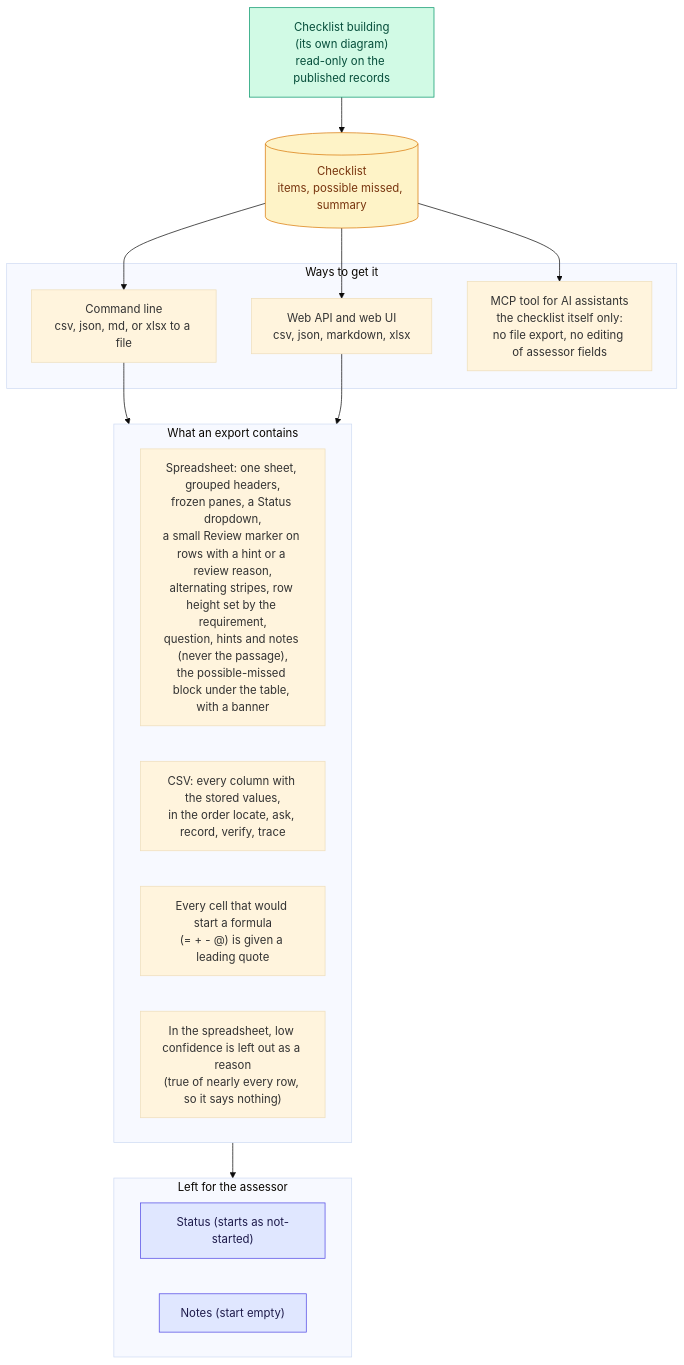
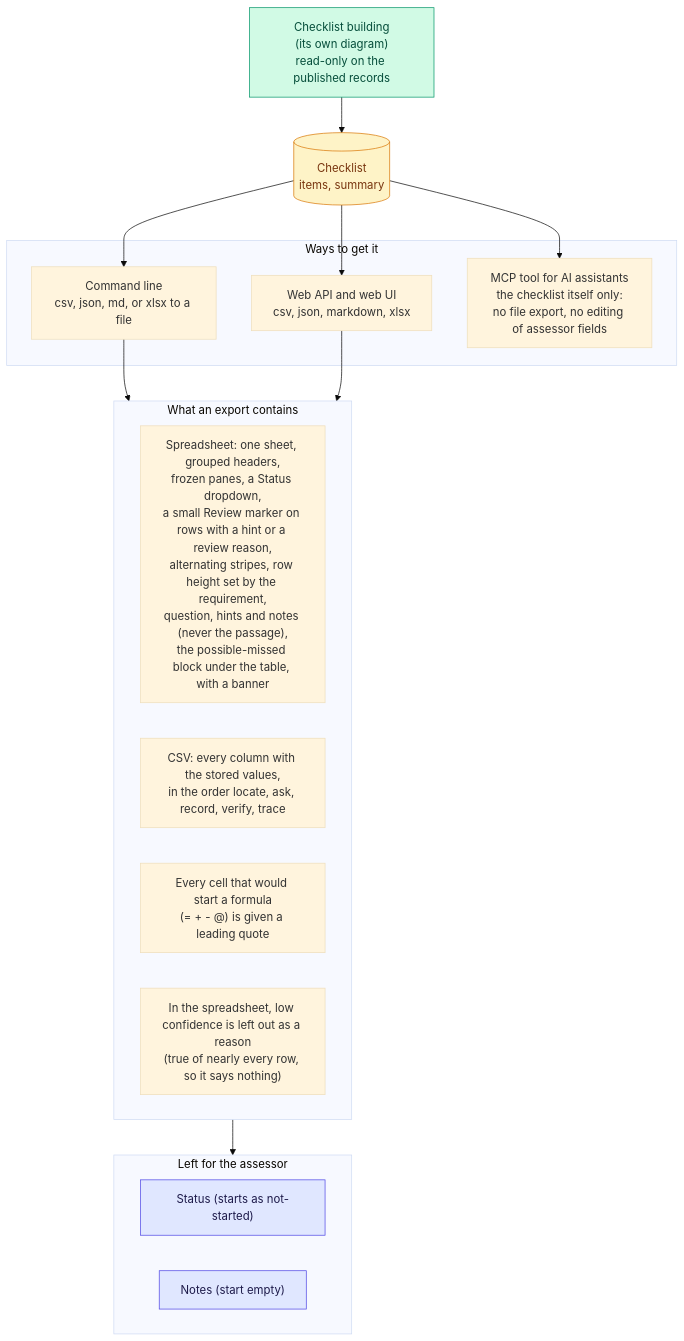
The diagram in docs/diagrams/12_delivery.md (TylerGRClark/ReqBot), drawn with Mermaid (base theme) before and after one commit. The commit also changed 26 other files, not shown here.

````diff
--- a/docs/diagrams/12_delivery.md
+++ b/docs/diagrams/12_delivery.md
@@ -5,37 +5,37 @@
 ```mermaid
 flowchart TD
     GEN["Checklist building<br/>(its own diagram)<br/>read-only on the published records"]
-    ENV[("Checklist<br/>items, possible missed, summary")]
+    ENV[("Checklist<br/>items, summary")]
     GEN --> ENV
 
     subgraph OUTS["Ways to get it"]
         CLI["Command line<br/>csv, json, md, or xlsx to a file"]
         API["Web API and web UI<br/>csv, json, markdown, xlsx"]
         MCP["MCP tool for AI assistants<br/>the checklist itself only:<br/>no file export, no editing of assessor fields"]
     end
     ENV --> CLI
     ENV --> API
     ENV --> MCP
 
     subgraph FILE["What an export contains"]
         X1["Spreadsheet: one sheet, grouped headers,<br/>frozen panes, a Status dropdown,<br/>a small Review marker on rows with a hint or a review reason,<br/>alternating stripes, row height set by the requirement,<br/>question, hints and notes (never the passage),<br/>the possible-missed block under the table, with a banner"]
         X2["CSV: every column with the stored values,<br/>in the order locate, ask, record, verify, trace"]
         X3["Every cell that would start a formula<br/>(= + - @) is given a leading quote"]
         X4["In the spreadsheet, low confidence is left out as a reason<br/>(true of nearly every row, so it says nothing)"]
     end
     CLI --> FILE
     API --> FILE
 
     subgraph ASSESSOR["Left for the assessor"]
         A1["Status (starts as not-started)"]
         A2["Notes (start empty)"]
     end
     FILE --> ASSESSOR
 
     classDef built fill:#d1fae5,stroke:#059669,color:#064e3b;
     classDef data fill:#fef3c7,stroke:#d97706,color:#78350f;
     classDef side fill:#e0e7ff,stroke:#4f46e5,color:#1e1b4b;
     class GEN built;
     class ENV data;
     class A1,A2 side;
 ```
````
